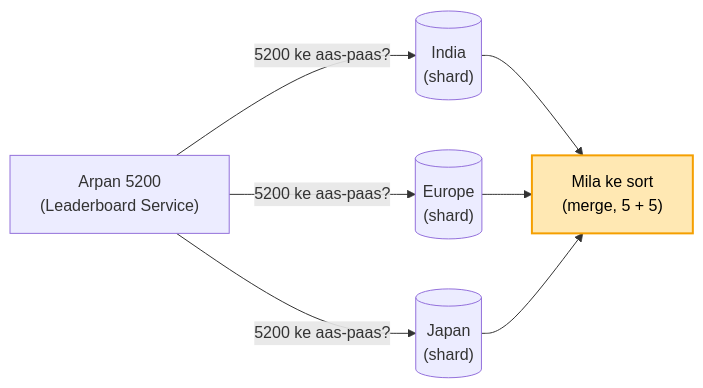
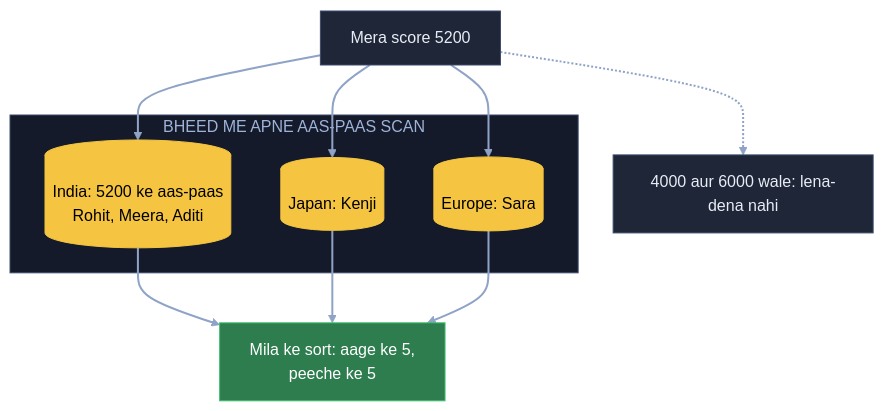
The fourth of 5 diagrams in 04_HLD/SYSTEM_DESIGNS/16_leaderboard/16_leaderboard.md (ArpanMaheshwari144/Prep), drawn with Mermaid before and after one commit. The commit also changed other lines of this file, not shown here.

Commit message:
Leaderboard: 5 diagram hand notes ke shabdon se

````diff
--- a/04_HLD/SYSTEM_DESIGNS/16_leaderboard/16_leaderboard.md
+++ b/04_HLD/SYSTEM_DESIGNS/16_leaderboard/16_leaderboard.md
@@ -125,10 +166,24 @@
 ```mermaid
-flowchart LR
-    A["Arpan 5200<br/>(Leaderboard Service)"] -- "5200 ke aas-paas?" --> I[("India<br/>(shard)")]
-    A -- "5200 ke aas-paas?" --> E[("Europe<br/>(shard)")]
-    A -- "5200 ke aas-paas?" --> J[("Japan<br/>(shard)")]
-    I --> M["Mila ke sort<br/>(merge, 5 + 5)"]
-    E --> M
-    J --> M
-    style M fill:#ffe8b3,stroke:#f59f00,stroke-width:2px,color:#000
+flowchart TB
+    A["Mera score 5200"]:::card
+    subgraph AS["BHEED ME APNE AAS-PAAS SCAN"]
+        I[("India: 5200 ke aas-paas<br/>Rohit, Meera, Aditi")]:::pill
+        J[("Japan: Kenji")]:::pill
+        E[("Europe: Sara")]:::pill
+    end
+    X["4000 aur 6000 wale: lena-dena nahi"]:::card
+    S5["Mila ke sort: aage ke 5,<br/>peeche ke 5"]:::good
+    A --> I
+    A --> J
+    A --> E
+    A -.-> X
+    I --> S5
+    J --> S5
+    E --> S5
+    linkStyle default stroke:#8fa3c7,stroke-width:2px
+    classDef card fill:#1e2638,stroke:#3a4a6b,color:#e8ecf5
+    classDef pill fill:#f5c542,stroke:#f5c542,color:#000
+    classDef good fill:#2e7d4f,stroke:#3fbf6f,color:#fff
+    classDef bad fill:#5c1f24,stroke:#e05561,color:#fff
+    style AS fill:#141a29,stroke:#3a4a6b,color:#9fb3d9
 ```
````
